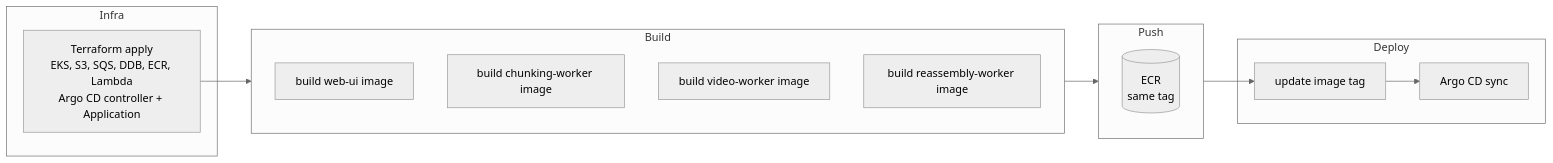
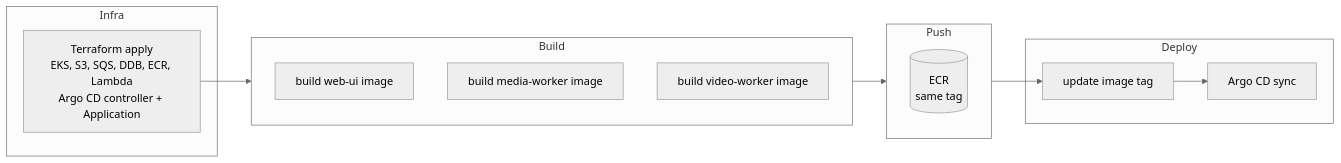
Before and after one commit to alexpialetski/stereo-spot: the seventh of 7 diagrams in ARCHITECTURE.md, drawn with Mermaid (neutral theme). The commit also changed other lines of this file and 87 other files, not shown here.

First line of the commit message:
feat: complete step 4.3 helm chart and Nx verification targets

````diff
--- a/ARCHITECTURE.md
+++ b/ARCHITECTURE.md
@@ -298,24 +293,23 @@
 ```mermaid
 flowchart LR
     subgraph Infra["Infra"]
         Tf[Terraform apply\nEKS, S3, SQS, DDB, ECR, Lambda\nArgo CD controller + Application]
     end
     subgraph Build["Build"]
         B1[build web-ui image]
-        B2[build chunking-worker image]
+        B2[build media-worker image]
         B3[build video-worker image]
-        B4[build reassembly-worker image]
     end
     subgraph Push["Push"]
         ECR[(ECR\nsame tag)]
     end
     subgraph Deploy["Deploy"]
         Tag[update image tag]
         Argo[Argo CD sync]
     end
 
     Tf --> Build
     Build --> Push
     Push --> Tag
     Tag --> Argo
 ```
````
